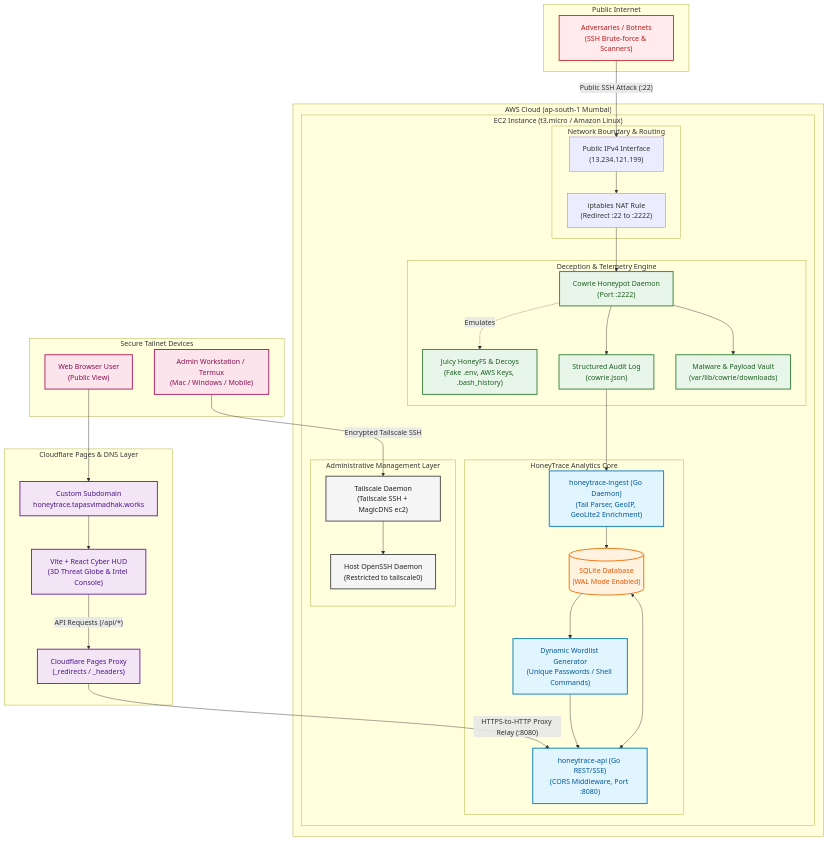
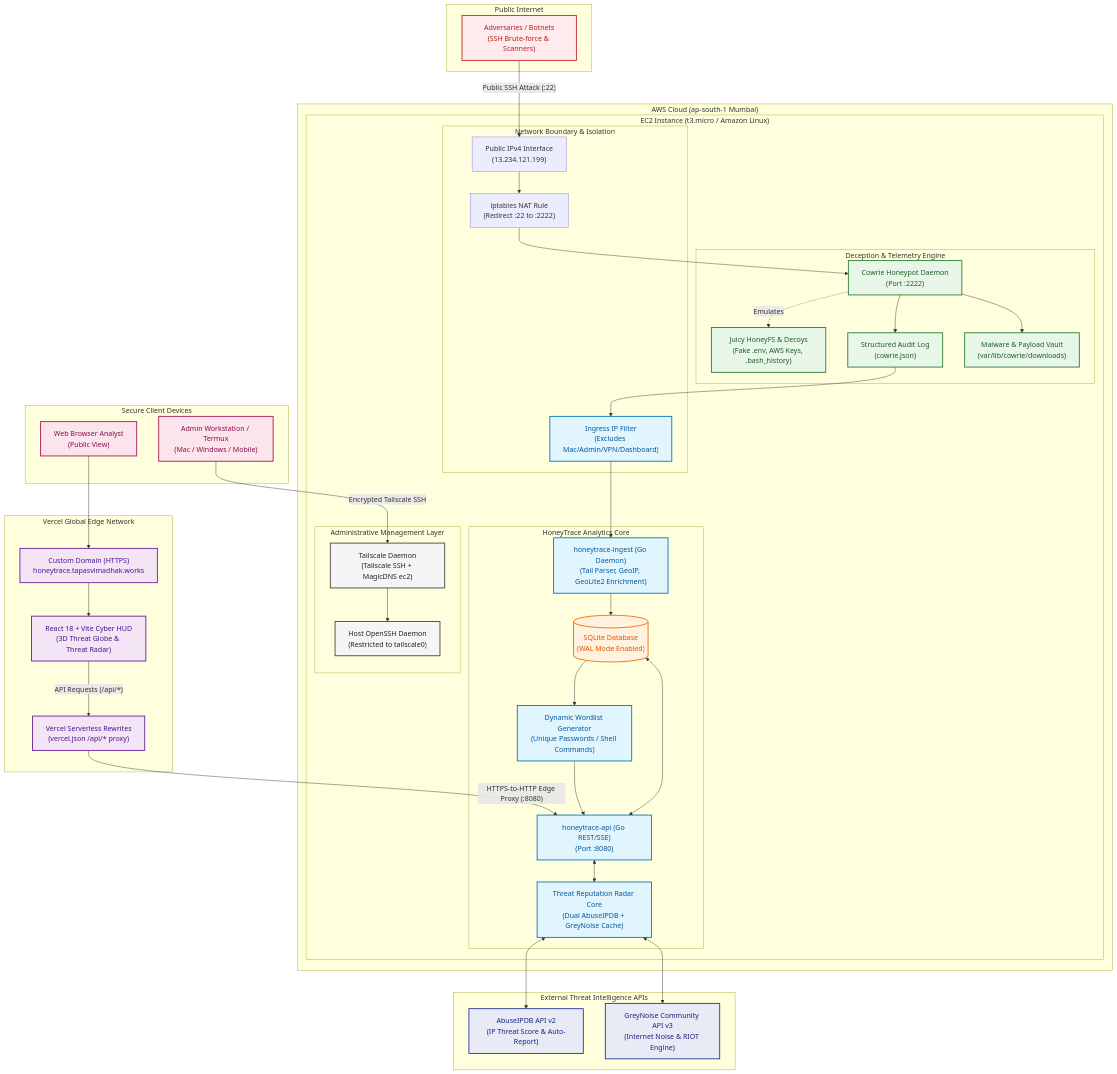
The diagram in docs/ARCHITECTURE.md (TapasviMadhak/HoneyTrace), drawn with Mermaid before and after one commit. The commit also changed other lines of this file and 12 other files, not shown here.

First line of the commit message:
feat(security): strict ingress filtering of private/dashboard IPs, auto-scroll Deep Inspect, and Vercel architecture update

```diff
--- a/docs/ARCHITECTURE.md
+++ b/docs/ARCHITECTURE.md
@@ -13,16 +13,21 @@
  subgraph WAN["Public Internet"]
         A["Adversaries / Botnets<br>(SSH Brute-force &amp; Scanners)"]
   end
- subgraph CF_PAGES["Cloudflare Pages &amp; DNS Layer"]
-        DNS["Custom Subdomain<br>honeytrace.tapasvimadhak.works"]
-        SPA["Vite + React Cyber HUD<br>(3D Threat Globe &amp; Intel Console)"]
-        PROXY["Cloudflare Pages Proxy<br>(_redirects / _headers)"]
+ subgraph VERCEL_EDGE["Vercel Global Edge Network"]
+        DNS["Custom Domain (HTTPS)<br>honeytrace.tapasvimadhak.works"]
+        SPA["React 18 + Vite Cyber HUD<br>(3D Threat Globe &amp; Threat Radar)"]
+        PROXY["Vercel Serverless Rewrites<br>(vercel.json /api/* proxy)"]
   end
- subgraph INGRESS["Network Boundary &amp; Routing"]
+ subgraph THREAT_INTEL["External Threat Intelligence APIs"]
+        ABUSE["AbuseIPDB API v2<br>(IP Threat Score &amp; Auto-Report)"]
+        GREYNOISE["GreyNoise Community API v3<br>(Internet Noise &amp; RIOT Engine)"]
+  end
+ subgraph INGRESS["Network Boundary &amp; Isolation"]
         PUB_IP["Public IPv4 Interface<br>(13.234.121.199)"]
         IPTABLES["iptables NAT Rule<br>(Redirect :22 to :2222)"]
+        FILTER["Ingress IP Filter<br>(Excludes Mac/Admin/VPN/Dashboard)"]
   end
- subgraph HONEYPOT_ENV["Deception & Telemetry Engine"]
+ subgraph HONEYPOT_ENV["Deception &amp; Telemetry Engine"]
         COWRIE["Cowrie Honeypot Daemon<br>(Port :2222)"]
         HONEYFS["Juicy HoneyFS &amp; Decoys<br>(Fake .env, AWS Keys, .bash_history)"]
         JSONLOG["Structured Audit Log<br>(cowrie.json)"]
@@ -31,7 +36,8 @@
  subgraph BACKEND_STACK["HoneyTrace Analytics Core"]
         INGEST["honeytrace-ingest (Go Daemon)<br>(Tail Parser, GeoIP, GeoLite2 Enrichment)"]
         SQLITE[("SQLite Database<br>(WAL Mode Enabled)")]
-        API["honeytrace-api (Go REST/SSE)<br>(CORS Middleware, Port :8080)"]
+        API["honeytrace-api (Go REST/SSE)<br>(Port :8080)"]
+        RADAR["Threat Reputation Radar Core<br>(Dual AbuseIPDB + GreyNoise Cache)"]
         WORDLIST["Dynamic Wordlist Generator<br>(Unique Passwords / Shell Commands)"]
   end
  subgraph SECURE_MGMT["Administrative Management Layer"]
@@ -47,9 +53,9 @@
  subgraph AWS["AWS Cloud (ap-south-1 Mumbai)"]
         EC2
   end
- subgraph ADMIN_CLIENTS["Secure Tailnet Devices"]
+ subgraph ADMIN_CLIENTS["Secure Client Devices"]
         ADMIN["Admin Workstation / Termux<br>(Mac / Windows / Mobile)"]
-        BROWSER["Web Browser User<br>(Public View)"]
+        BROWSER["Web Browser Analyst<br>(Public View)"]
   end
     DNS --> SPA
     SPA -- API Requests (/api/*) --> PROXY
@@ -57,14 +63,17 @@
     IPTABLES --> COWRIE
     COWRIE -. Emulates .-> HONEYFS
     COWRIE --> JSONLOG & DOWNLOADS
-    JSONLOG --> INGEST
+    JSONLOG --> FILTER
+    FILTER --> INGEST
     INGEST --> SQLITE
     SQLITE <--> API
+    API <--> RADAR
+    RADAR <--> ABUSE & GREYNOISE
     SQLITE --> WORDLIST
     WORDLIST --> API
     TS_DAEMON --> REAL_SSHD
     A -- Public SSH Attack (:22) --> PUB_IP
-    PROXY -- "HTTPS-to-HTTP Proxy Relay (:8080)" --> API
+    PROXY -- "HTTPS-to-HTTP Edge Proxy (:8080)" --> API
     BROWSER --> DNS
     ADMIN -- Encrypted Tailscale SSH --> TS_DAEMON
 
@@ -72,13 +81,17 @@
      DNS:::edge
      SPA:::edge
      PROXY:::edge
+     ABUSE:::intel
+     GREYNOISE:::intel
      COWRIE:::host
      HONEYFS:::host
      JSONLOG:::host
      DOWNLOADS:::host
+     FILTER:::core
      INGEST:::core
      SQLITE:::db
      API:::core
+     RADAR:::core
      WORDLIST:::core
      TS_DAEMON:::vpn
      REAL_SSHD:::vpn
@@ -86,6 +99,7 @@
      BROWSER:::client
     classDef attacker fill:#ffebee,stroke:#c62828,stroke-width:2px,color:#b71c1c
     classDef edge fill:#f3e5f5,stroke:#6a1b9a,stroke-width:2px,color:#4a148c
+    classDef intel fill:#e8eaf6,stroke:#283593,stroke-width:2px,color:#1a237e
     classDef host fill:#e8f5e9,stroke:#2e7d32,stroke-width:2px,color:#1b5e20
     classDef core fill:#e1f5fe,stroke:#0277bd,stroke-width:2px,color:#01579b
     classDef db fill:#fff3e0,stroke:#ef6c00,stroke-width:2px,color:#e65100
```
